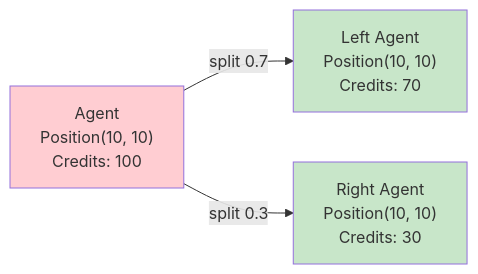
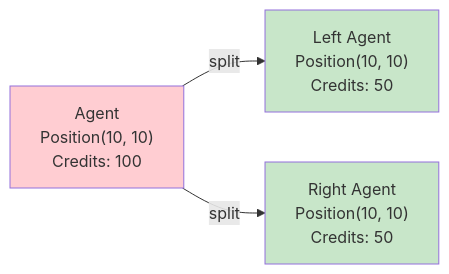
The fourth of 5 diagrams in docs/system/world_management.md (extensivelabs/agentecs), drawn with Mermaid before and after one commit. The commit also changed other lines of this file and 26 other files, not shown here.

````diff
--- a/docs/system/world_management.md
+++ b/docs/system/world_management.md
@@ -387,9 +330,9 @@
 ```mermaid
 graph LR
-    A["Agent<br/>Position(10, 10)<br/>Credits: 100"] -->|split 0.7| B["Left Agent<br/>Position(10, 10)<br/>Credits: 70"]
-    A -->|split 0.3| C["Right Agent<br/>Position(10, 10)<br/>Credits: 30"]
+    A["Agent<br/>Position(10, 10)<br/>Credits: 100"] -->|split| B["Left Agent<br/>Position(10, 10)<br/>Credits: 50"]
+    A -->|split| C["Right Agent<br/>Position(10, 10)<br/>Credits: 50"]
 
     style A fill:#ffcdd2
     style B fill:#c8e6c9
     style C fill:#c8e6c9
 ```
````
